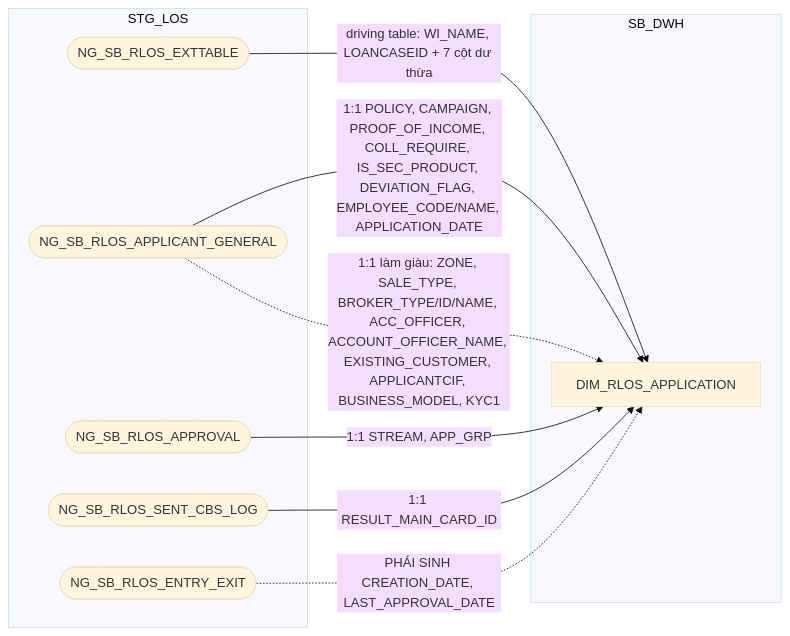
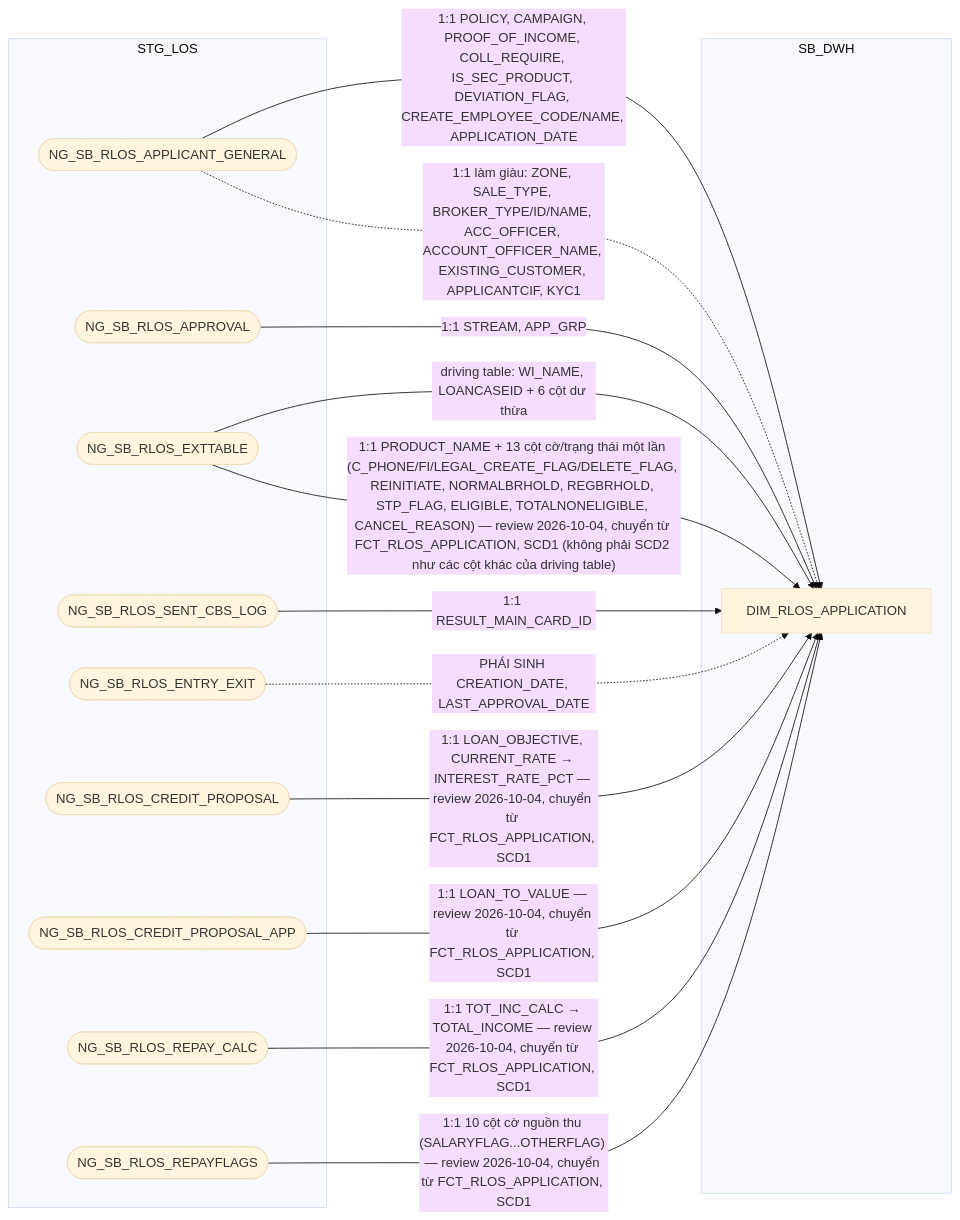
Before and after one commit to chien1198/sb-mapping-gen: the eighth of 14 diagrams in hld/hld_review/HLD_DIM_SB_DWH_review.md, drawn with Mermaid (base theme). The commit also changed other lines of this file and 124 other files, not shown here.

````diff
--- a/hld/hld_review/HLD_DIM_SB_DWH_review.md
+++ b/hld/hld_review/HLD_DIM_SB_DWH_review.md
@@ -374,19 +368,28 @@
 ```mermaid
 flowchart LR
     subgraph STG_LOS
         A(["NG_SB_RLOS_APPLICANT_GENERAL"])
         C(["NG_SB_RLOS_APPROVAL"])
         D(["NG_SB_RLOS_EXTTABLE"])
         E(["NG_SB_RLOS_SENT_CBS_LOG"])
         F(["NG_SB_RLOS_ENTRY_EXIT"])
+        B1(["NG_SB_RLOS_CREDIT_PROPOSAL"])
+        B2(["NG_SB_RLOS_CREDIT_PROPOSAL_APP"])
+        B3(["NG_SB_RLOS_REPAY_CALC"])
+        B4(["NG_SB_RLOS_REPAYFLAGS"])
     end
     subgraph SB_DWH
         G["DIM_RLOS_APPLICATION"]
     end
-    D -->|"driving table: WI_NAME, LOANCASEID + 7 cột dư thừa"| G
-    A -->|1:1 POLICY, CAMPAIGN, PROOF_OF_INCOME, COLL_REQUIRE, IS_SEC_PRODUCT, DEVIATION_FLAG, EMPLOYEE_CODE/NAME, APPLICATION_DATE| G
-    A -.->|"1:1 làm giàu: ZONE, SALE_TYPE, BROKER_TYPE/ID/NAME, ACC_OFFICER, ACCOUNT_OFFICER_NAME, EXISTING_CUSTOMER, APPLICANTCIF, BUSINESS_MODEL, KYC1"| G
+    D -->|"driving table: WI_NAME, LOANCASEID + 6 cột dư thừa"| G
+    A -->|1:1 POLICY, CAMPAIGN, PROOF_OF_INCOME, COLL_REQUIRE, IS_SEC_PRODUCT, DEVIATION_FLAG, CREATE_EMPLOYEE_CODE/NAME, APPLICATION_DATE| G
+    A -.->|"1:1 làm giàu: ZONE, SALE_TYPE, BROKER_TYPE/ID/NAME, ACC_OFFICER, ACCOUNT_OFFICER_NAME, EXISTING_CUSTOMER, APPLICANTCIF, KYC1"| G
     C -->|1:1 STREAM, APP_GRP| G
     E -->|1:1 RESULT_MAIN_CARD_ID| G
     F -.->|PHÁI SINH CREATION_DATE, LAST_APPROVAL_DATE| G
+    B1 -->|"1:1 LOAN_OBJECTIVE, CURRENT_RATE → INTEREST_RATE_PCT — review 2026-10-04, chuyển từ FCT_RLOS_APPLICATION, SCD1"| G
+    B2 -->|"1:1 LOAN_TO_VALUE — review 2026-10-04, chuyển từ FCT_RLOS_APPLICATION, SCD1"| G
+    B3 -->|"1:1 TOT_INC_CALC → TOTAL_INCOME — review 2026-10-04, chuyển từ FCT_RLOS_APPLICATION, SCD1"| G
+    B4 -->|"1:1 10 cột cờ nguồn thu (SALARYFLAG...OTHERFLAG) — review 2026-10-04, chuyển từ FCT_RLOS_APPLICATION, SCD1"| G
+    D -->|"1:1 PRODUCT_NAME + 13 cột cờ/trạng thái một lần (C_PHONE/FI/LEGAL_CREATE_FLAG/DELETE_FLAG, REINITIATE, NORMALBRHOLD, REGBRHOLD, STP_FLAG, ELIGIBLE, TOTALNONELIGIBLE, CANCEL_REASON) — review 2026-10-04, chuyển từ FCT_RLOS_APPLICATION, SCD1 (không phải SCD2 như các cột khác của driving table)"| G
 ```
````
